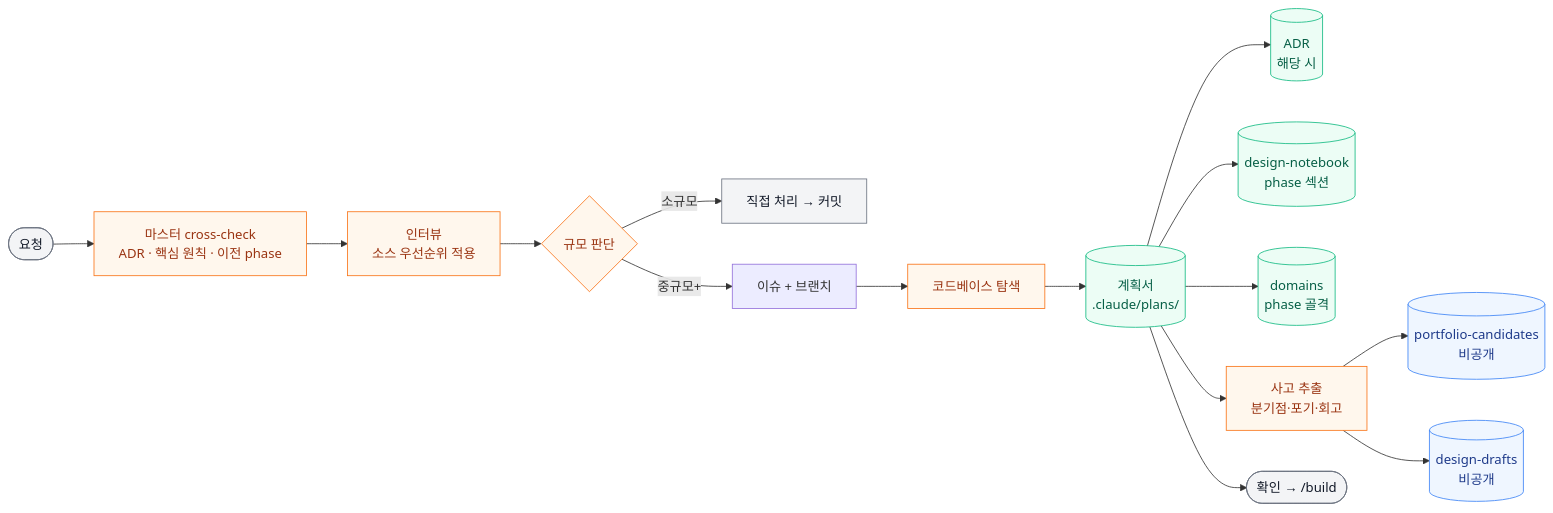
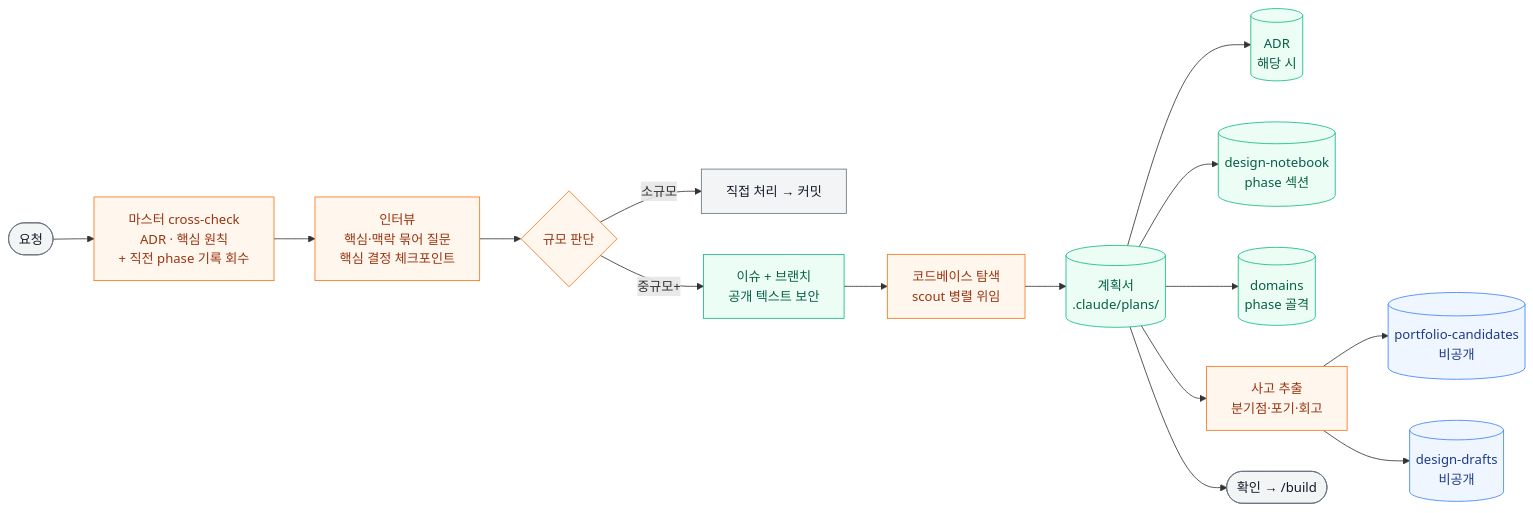
One commit to hyewon3938/build-with-ai changed the second of 4 diagrams in workflow/skills-overview.md. Above: the diagram before and after it, drawn with Mermaid. The commit also changed other lines of this file and 3 other files, not shown here.

````diff
--- a/workflow/skills-overview.md
+++ b/workflow/skills-overview.md
@@ -39,27 +40,27 @@
 ```mermaid
 graph LR
-    Q([요청]) --> CC[마스터 cross-check<br/>ADR · 핵심 원칙 · 이전 phase]
-    CC --> I[인터뷰<br/>소스 우선순위 적용]
+    Q([요청]) --> CC[마스터 cross-check<br/>ADR · 핵심 원칙<br/>+ 직전 phase 기록 회수]
+    CC --> I[인터뷰<br/>핵심·맥락 묶어 질문<br/>핵심 결정 체크포인트]
     I --> S{규모 판단}
     S -->|소규모| D[직접 처리 → 커밋]
-    S -->|중규모+| GH[이슈 + 브랜치]
-    GH --> EX[코드베이스 탐색]
+    S -->|중규모+| GH[이슈 + 브랜치<br/>공개 텍스트 보안]
+    GH --> EX[코드베이스 탐색<br/>scout 병렬 위임]
     EX --> P[(계획서<br/>.claude/plans/)]
     P --> ADR[(ADR<br/>해당 시)]
     P --> DN[(design-notebook<br/>phase 섹션)]
     P --> DOM[(domains<br/>phase 골격)]
     P --> TE[사고 추출<br/>분기점·포기·회고]
     TE --> PC[(portfolio-candidates<br/>비공개)]
     TE --> DD[(design-drafts<br/>비공개)]
     P --> CF([확인 → /build])
 
     classDef io fill:#f3f4f6,stroke:#6b7280,color:#111827
     classDef judge fill:#fff7ed,stroke:#f97316,color:#9a3412
     classDef public fill:#ecfdf5,stroke:#10b981,color:#065f46
     classDef private fill:#eff6ff,stroke:#3b82f6,color:#1e3a8a
 
     class Q,CF,D io
     class CC,I,S,TE,EX judge
-    class P,ADR,DN,DOM public
+    class P,ADR,DN,DOM,GH public
     class PC,DD private
 ```
````
